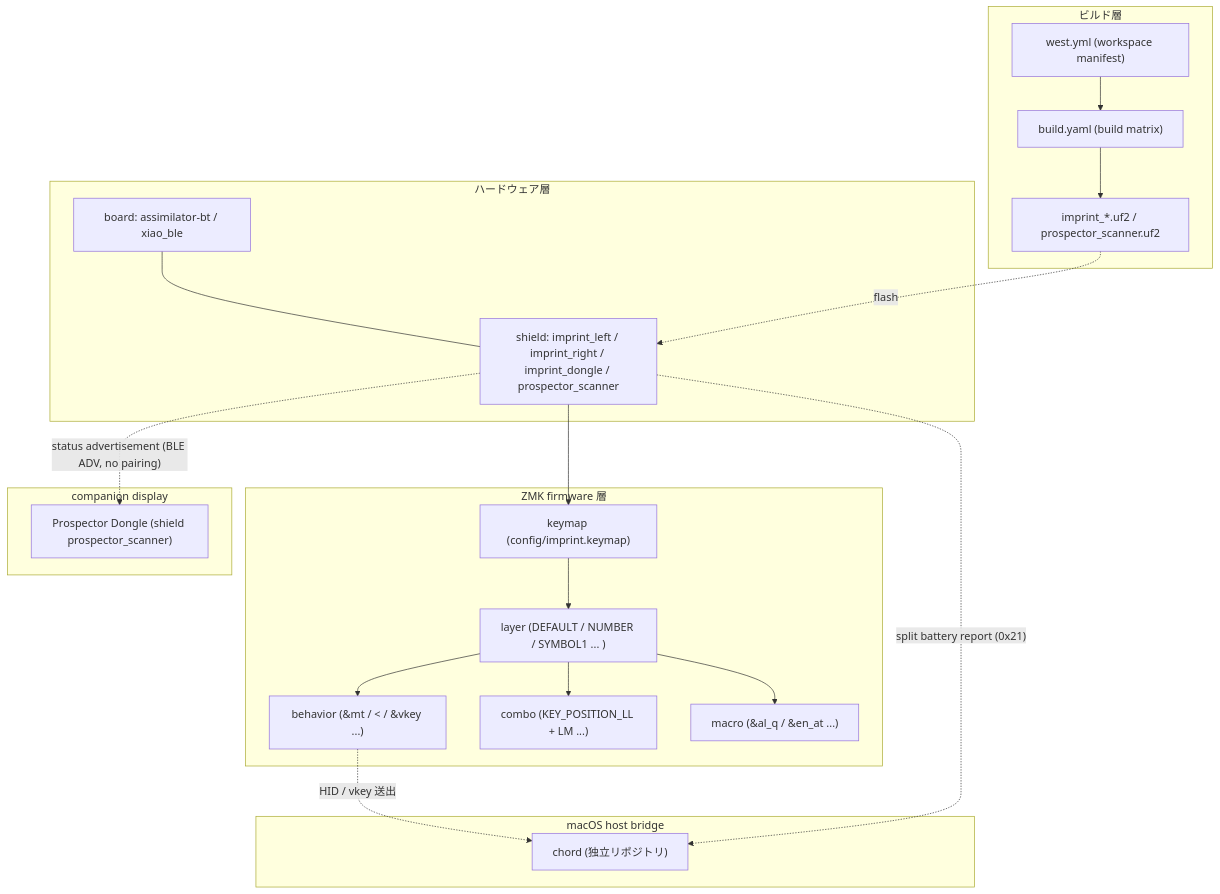
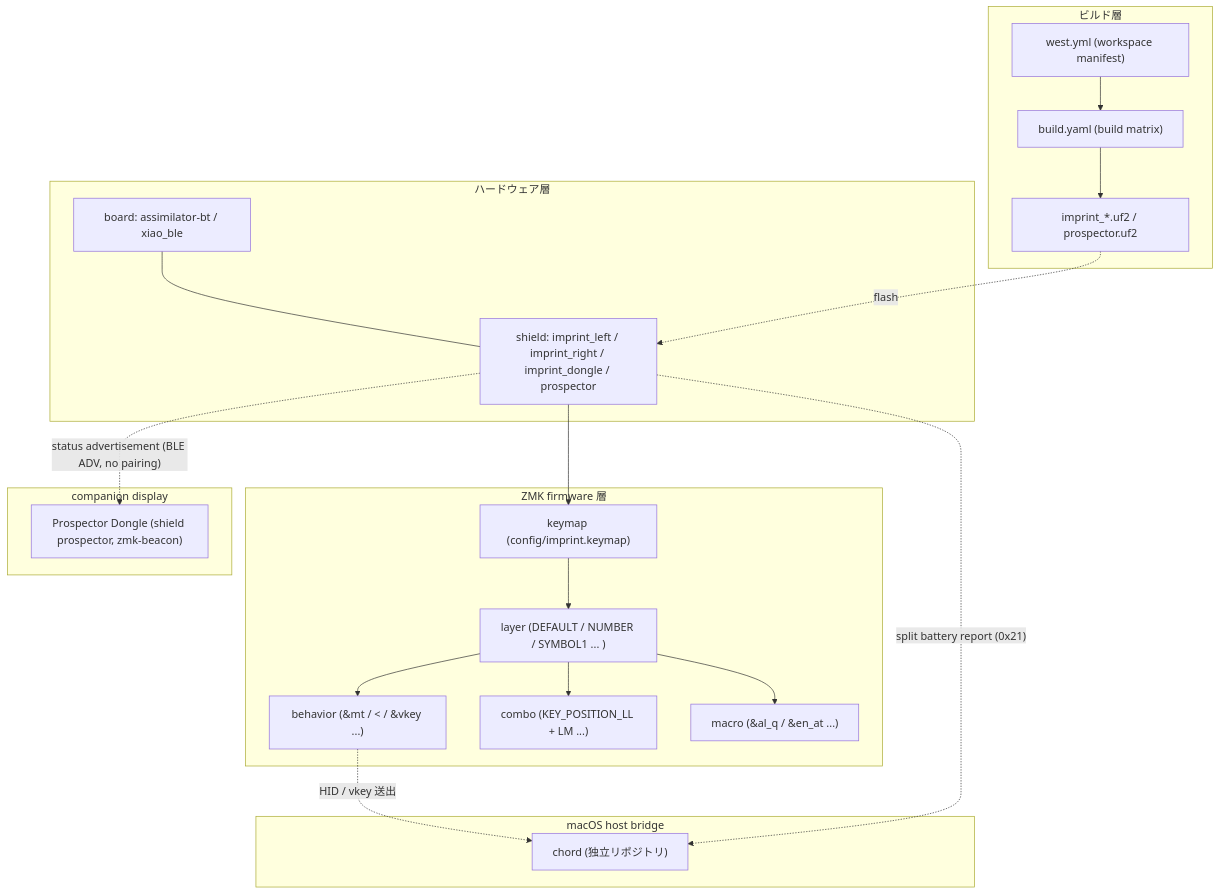
Before and after one commit to akira-toriyama/canon: the diagram in docs/glossary.md, drawn with Mermaid. The commit also changed other lines of this file and 13 other files, not shown here.

First line of the commit message:
:sparkles:(prospector)^ build the Prospector Dongle from zmk-beacon: battery screen, no BLE advertising (#220)

````diff
--- a/docs/glossary.md
+++ b/docs/glossary.md
@@ -34,37 +34,37 @@
 ```mermaid
 flowchart TB
   subgraph HW["ハードウェア層"]
     BOARD["board: assimilator-bt / xiao_ble"]
-    SHIELD["shield: imprint_left / imprint_right / imprint_dongle / prospector_scanner"]
+    SHIELD["shield: imprint_left / imprint_right / imprint_dongle / prospector"]
   end
   subgraph FW["ZMK firmware 層"]
     KEYMAP["keymap (config/imprint.keymap)"]
     LAYER["layer (DEFAULT / NUMBER / SYMBOL1 ... )"]
     BEHAVIOR["behavior (&mt / &lt / &vkey ...)"]
     COMBO["combo (KEY_POSITION_LL + LM ...)"]
     MACRO["macro (&al_q / &en_at ...)"]
   end
   subgraph BUILD["ビルド層"]
     WEST["west.yml (workspace manifest)"]
     BUILDYAML["build.yaml (build matrix)"]
-    UF2["imprint_*.uf2 / prospector_scanner.uf2"]
+    UF2["imprint_*.uf2 / prospector.uf2"]
   end
   subgraph HOST["macOS host bridge"]
     CHORD["chord (独立リポジトリ)"]
   end
   subgraph COMPANION["companion display"]
-    PROSPECTOR["Prospector Dongle (shield prospector_scanner)"]
+    PROSPECTOR["Prospector Dongle (shield prospector, zmk-beacon)"]
   end
   BOARD --- SHIELD
   SHIELD --> KEYMAP
   KEYMAP --> LAYER
   LAYER --> BEHAVIOR
   LAYER --> COMBO
   LAYER --> MACRO
   WEST --> BUILDYAML
   BUILDYAML --> UF2
   UF2 -.flash.-> SHIELD
   BEHAVIOR -.HID / vkey 送出.-> CHORD
   SHIELD -.split battery report (0x21).-> CHORD
   SHIELD -.status advertisement (BLE ADV, no pairing).-> PROSPECTOR
 ```
````
